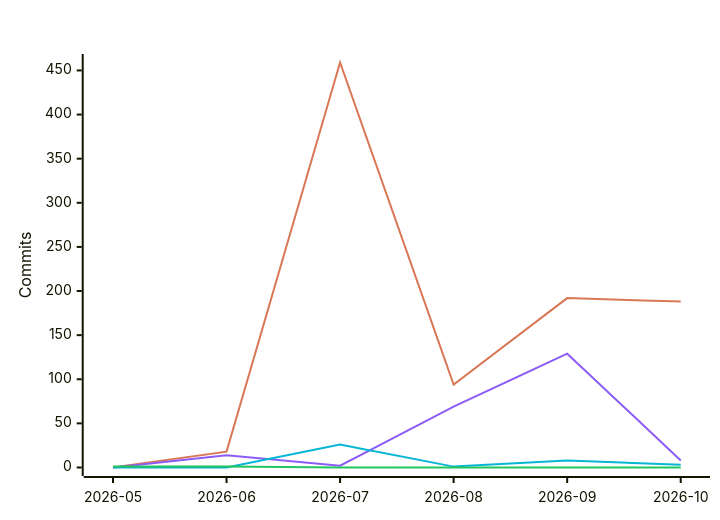
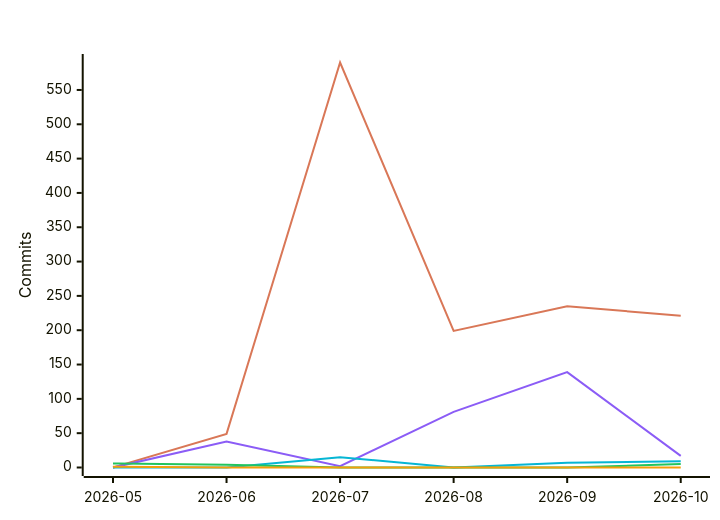
Before and after one commit to polo-nyan/polo-nyan: the fifth of 7 diagrams in README.md, drawn with Mermaid. The commit also changed other lines of this file and 1 other file, not shown here.

````diff
--- a/README.md
+++ b/README.md
@@ -312,11 +313,12 @@
 ```mermaid
 %%{init: {"xyChart": {"titleColor": "#ffffff", "xAxisLabelColor": "#ffffff", "yAxisLabelColor": "#ffffff"}, "themeVariables": {"xyChart": {"titleColor": "#ffffff", "plotColorPalette": "#d97757, #8b5cf6, #06b6d4, #22c55e, #f59e0b, #ec4899"}}}}%%
 xychart-beta
     title "Commits Per Month by Model Family"
     x-axis ["2026-05", "2026-06", "2026-07", "2026-08", "2026-09", "2026-10"]
     y-axis "Commits"
-    line [0, 18, 459, 94, 192, 188]
-    line [0, 14, 2, 69, 129, 8]
-    line [0, 0, 26, 1, 8, 3]
-    line [1, 1, 0, 0, 0, 0]
+    line [0, 49, 590, 199, 235, 221]
+    line [0, 38, 2, 81, 139, 17]
+    line [0, 0, 15, 0, 7, 9]
+    line [6, 4, 0, 0, 0, 5]
+    line [1, 0, 0, 0, 0, 0]
 ```
````
